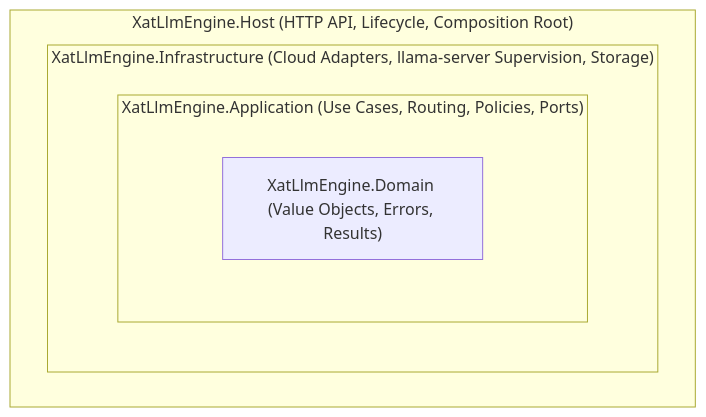
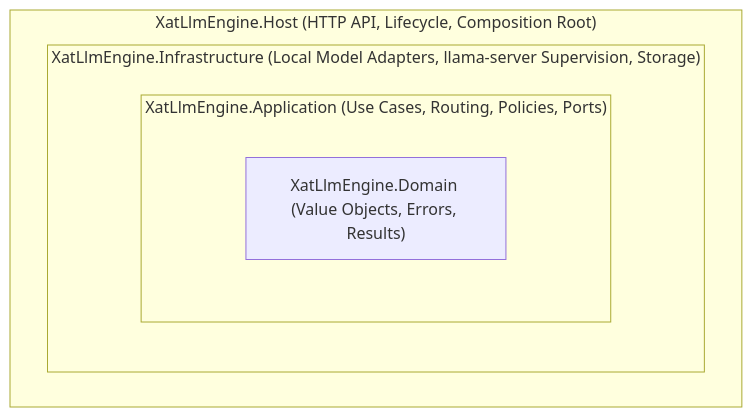
The second of 9 diagrams in docs/architecture.md (xatcap/xat-llm-engine), drawn with Mermaid before and after one commit. The commit also changed other lines of this file and 77 other files, not shown here.

Commit message:
Removing cloud operations and adding a model for query expansion

````diff
--- a/docs/architecture.md
+++ b/docs/architecture.md
@@ -36,10 +34,10 @@
 ```mermaid
 flowchart TB
     subgraph HostLayer["XatLlmEngine.Host (HTTP API, Lifecycle, Composition Root)"]
-        subgraph InfraLayer["XatLlmEngine.Infrastructure (Cloud Adapters, llama-server Supervision, Storage)"]
+        subgraph InfraLayer["XatLlmEngine.Infrastructure (Local Model Adapters, llama-server Supervision, Storage)"]
             subgraph AppLayer["XatLlmEngine.Application (Use Cases, Routing, Policies, Ports)"]
                 DomainLayer["XatLlmEngine.Domain (Value Objects, Errors, Results)"]
             end
         end
     end
 ```
````
